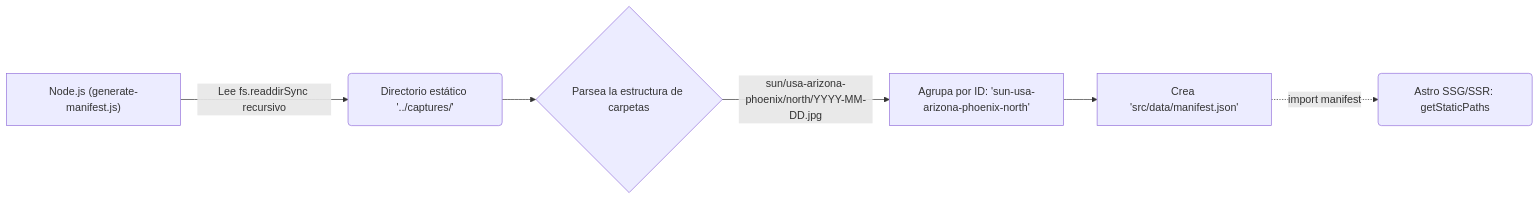
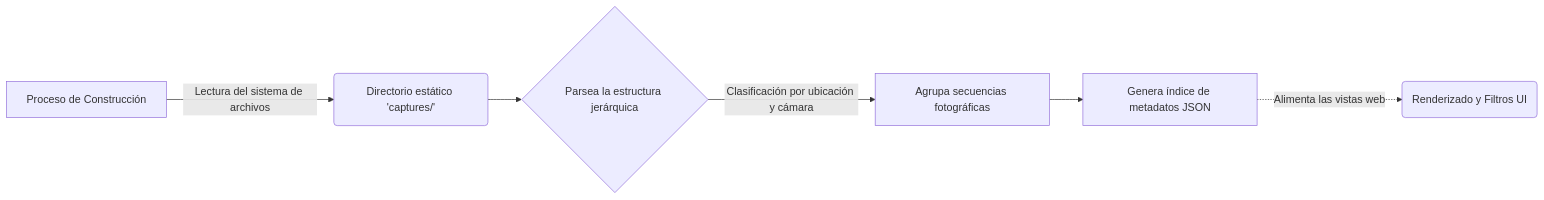
One commit to gitchaell/analema changed the second of 2 diagrams in web/README.md. Above: the diagram before and after it, drawn with Mermaid. The commit also changed other lines of this file and 3 other files, not shown here.

````diff
--- a/web/README.md
+++ b/web/README.md
@@ -53,8 +53,8 @@
 ```mermaid
 graph LR
-    A["Node.js (generate-manifest.js)"] -->|Lee fs.readdirSync recursivo| B(Directorio estático '../captures/')
-    B --> C{Parsea la estructura de carpetas}
-    C -->|sun/usa-arizona-phoenix/north/YYYY-MM-DD.jpg| D[Agrupa por ID: 'sun-usa-arizona-phoenix-north']
-    D --> E[Crea 'src/data/manifest.json']
-    E -.->|import manifest| F(Astro SSG/SSR: getStaticPaths)
+    A["Proceso de Construcción"] -->|Lectura del sistema de archivos| B(Directorio estático 'captures/')
+    B --> C{Parsea la estructura jerárquica}
+    C -->|Clasificación por ubicación y cámara| D[Agrupa secuencias fotográficas]
+    D --> E[Genera índice de metadatos JSON]
+    E -.->|Alimenta las vistas web| F(Renderizado y Filtros UI)
 ```
````
